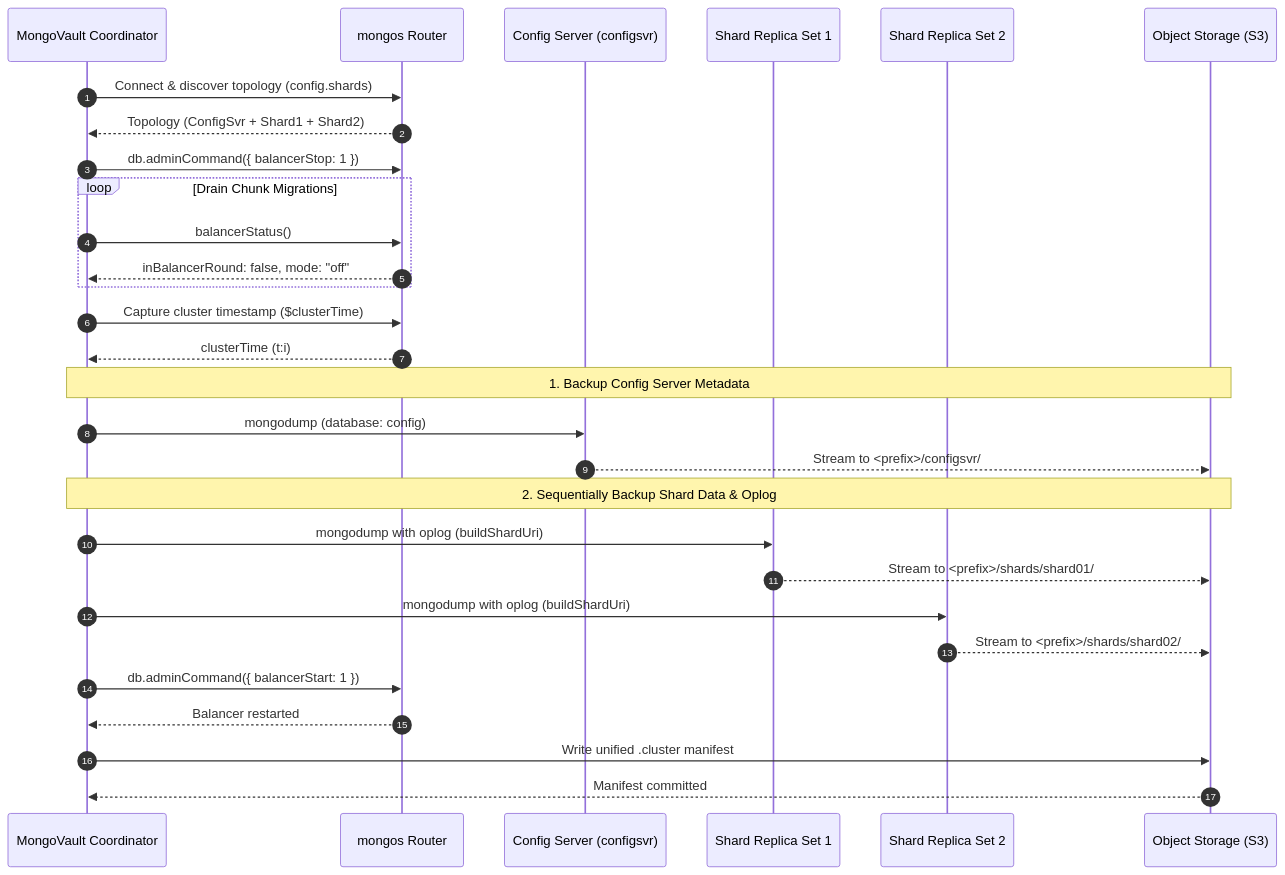
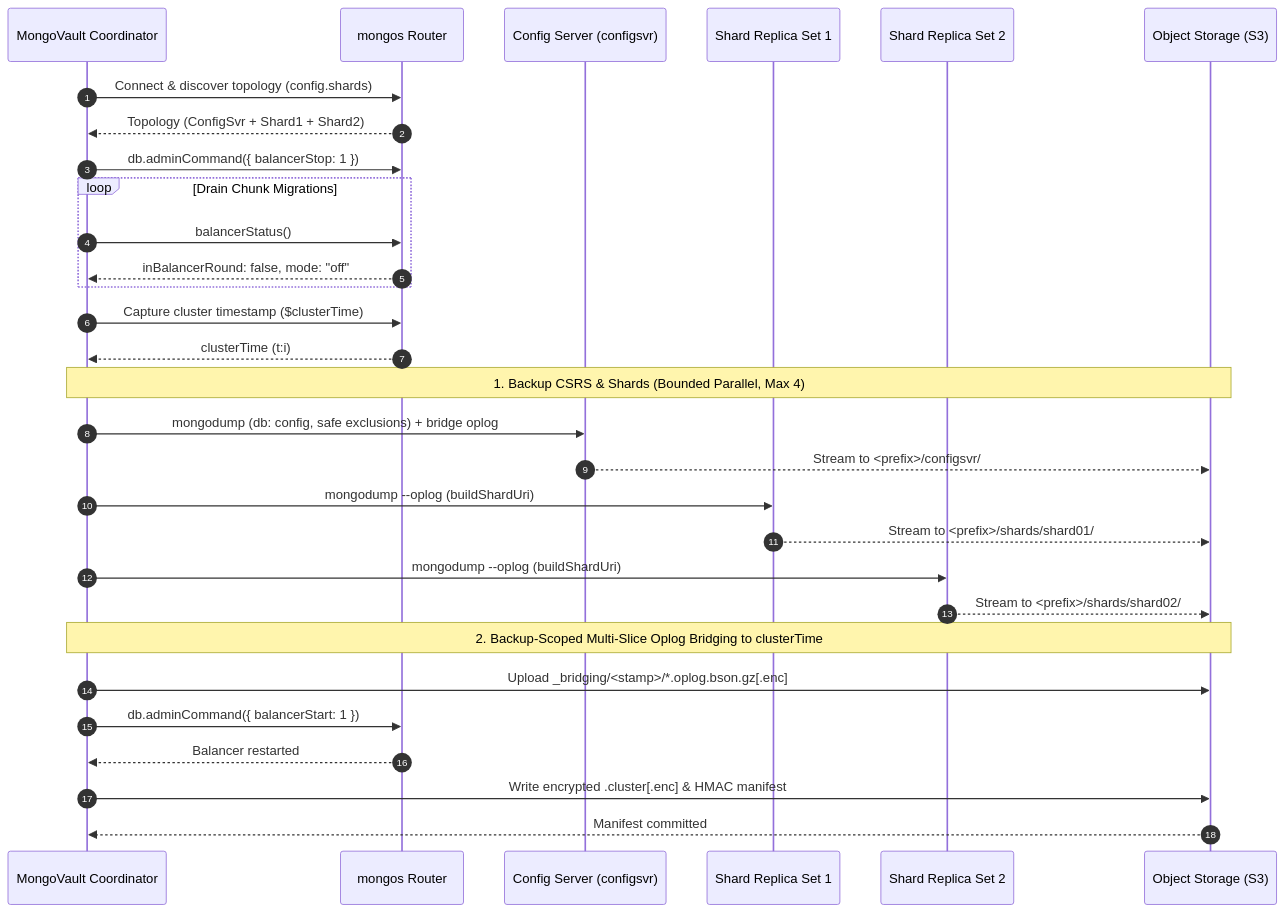
Before and after one commit to bhatbazik/MongoVault: the seventh of 11 diagrams in README.md, drawn with Mermaid. The commit also changed other lines of this file, not shown here.

Commit message:
docs: update documentation for zero-disk architecture, E2E tests, and sharded PITR

````diff
--- a/README.md
+++ b/README.md
@@ -712,39 +721,41 @@
 ```mermaid
 sequenceDiagram
     autonumber
     participant Coord as MongoVault Coordinator
     participant Mongos as mongos Router
     participant ConfigSvr as Config Server (configsvr)
     participant Shard1 as Shard Replica Set 1
     participant Shard2 as Shard Replica Set 2
     participant Storage as Object Storage (S3)
 
     Coord->>Mongos: Connect & discover topology (config.shards)
     Mongos-->>Coord: Topology (ConfigSvr + Shard1 + Shard2)
 
     Coord->>Mongos: db.adminCommand({ balancerStop: 1 })
     loop Drain Chunk Migrations
         Coord->>Mongos: balancerStatus()
         Mongos-->>Coord: inBalancerRound: false, mode: "off"
     end
 
     Coord->>Mongos: Capture cluster timestamp ($clusterTime)
     Mongos-->>Coord: clusterTime (t:i)
 
-    Note over Coord,Storage: 1. Backup Config Server Metadata
-    Coord->>ConfigSvr: mongodump (database: config)
+    Note over Coord,Storage: 1. Backup CSRS & Shards (Bounded Parallel, Max 4)
+    Coord->>ConfigSvr: mongodump (db: config, safe exclusions) + bridge oplog
     ConfigSvr-->>Storage: Stream to <prefix>/configsvr/
 
-    Note over Coord,Storage: 2. Sequentially Backup Shard Data & Oplog
-    Coord->>Shard1: mongodump with oplog (buildShardUri)
+    Coord->>Shard1: mongodump --oplog (buildShardUri)
     Shard1-->>Storage: Stream to <prefix>/shards/shard01/
 
-    Coord->>Shard2: mongodump with oplog (buildShardUri)
+    Coord->>Shard2: mongodump --oplog (buildShardUri)
     Shard2-->>Storage: Stream to <prefix>/shards/shard02/
+
+    Note over Coord,Storage: 2. Backup-Scoped Multi-Slice Oplog Bridging to clusterTime
+    Coord->>Storage: Upload _bridging/<stamp>/*.oplog.bson.gz[.enc]
 
     Coord->>Mongos: db.adminCommand({ balancerStart: 1 })
     Mongos-->>Coord: Balancer restarted
 
-    Coord->>Storage: Write unified .cluster manifest
+    Coord->>Storage: Write encrypted .cluster[.enc] & HMAC manifest
     Storage-->>Coord: Manifest committed
 ```
````
